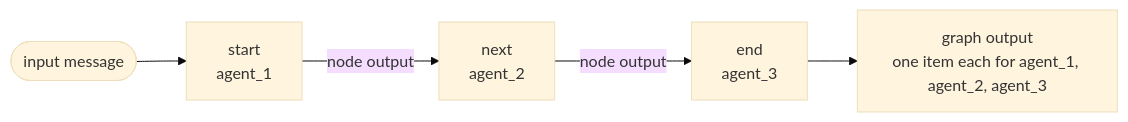
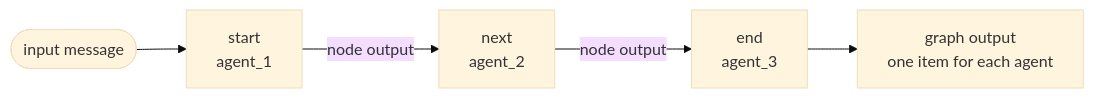
The second of 10 diagrams in docs/agents-and-software.md (agens-research-labs/a-graph), drawn with Mermaid (base theme) before and after one commit. The commit also changed other lines of this file and 3 other files, not shown here.

First line of the commit message:
docs(docs): lay out the react and tool diagrams

````diff
--- a/docs/agents-and-software.md
+++ b/docs/agents-and-software.md
@@ -75,7 +75,7 @@
   ```mermaid
   flowchart LR
       input([input message]) --> a1["start<br/>agent_1"]
       a1 -- node output --> a2["next<br/>agent_2"]
       a2 -- node output --> a3["end<br/>agent_3"]
-      a3 --> output["graph output<br/>one item each for agent_1, agent_2, agent_3"]
+      a3 --> output["graph output<br/>one item for each agent"]
   ```
````
